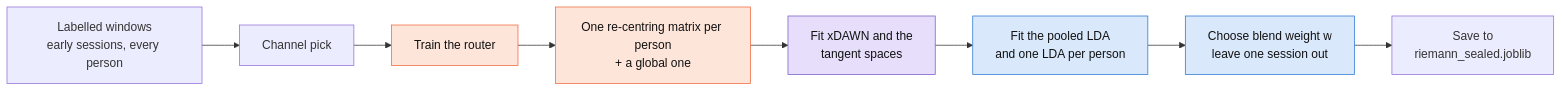
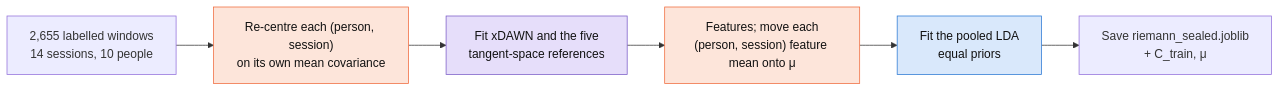
Before and after one commit to Ali-Dor-SRI/Step-Type-Prediction---EEG: the second of 3 diagrams in codabench/MODEL_ARCHITECTURE.md, drawn with Mermaid. The commit also changed other lines of this file and 15 other files, not shown here.

````diff
--- a/codabench/MODEL_ARCHITECTURE.md
+++ b/codabench/MODEL_ARCHITECTURE.md
@@ -426,16 +390,14 @@
 ```mermaid
 flowchart LR
-    T["Labelled windows<br/>early sessions, every person"] --> P["Channel pick"]
-    P --> R["Train the router"]
-    R --> W["One re-centring matrix per person<br/>+ a global one"]
-    W --> F["Fit xDAWN and the<br/>tangent spaces"]
-    F --> L["Fit the pooled LDA<br/>and one LDA per person"]
-    L --> B["Choose blend weight w<br/>leave one session out"]
-    B --> S["Save to<br/>riemann_sealed.joblib"]
+    T["2,655 labelled windows<br/>14 sessions, 10 people"] --> W["Re-centre each (person, session)<br/>on its own mean covariance"]
+    W --> F["Fit xDAWN and the five<br/>tangent-space references"]
+    F --> C["Features; move each<br/>(person, session) feature mean onto μ"]
+    C --> L["Fit the pooled LDA<br/>equal priors"]
+    L --> S["Save riemann_sealed.joblib<br/>+ C_train, μ"]
     classDef adapt fill:#fde5da,stroke:#f06a3c,color:#111
     classDef feat fill:#e6defa,stroke:#7a5cc7,color:#111
     classDef clf fill:#d9e8fb,stroke:#2a78d4,color:#111
-    class R,W adapt
+    class W,C adapt
     class F feat
-    class L,B clf
+    class L clf
 ```
````
